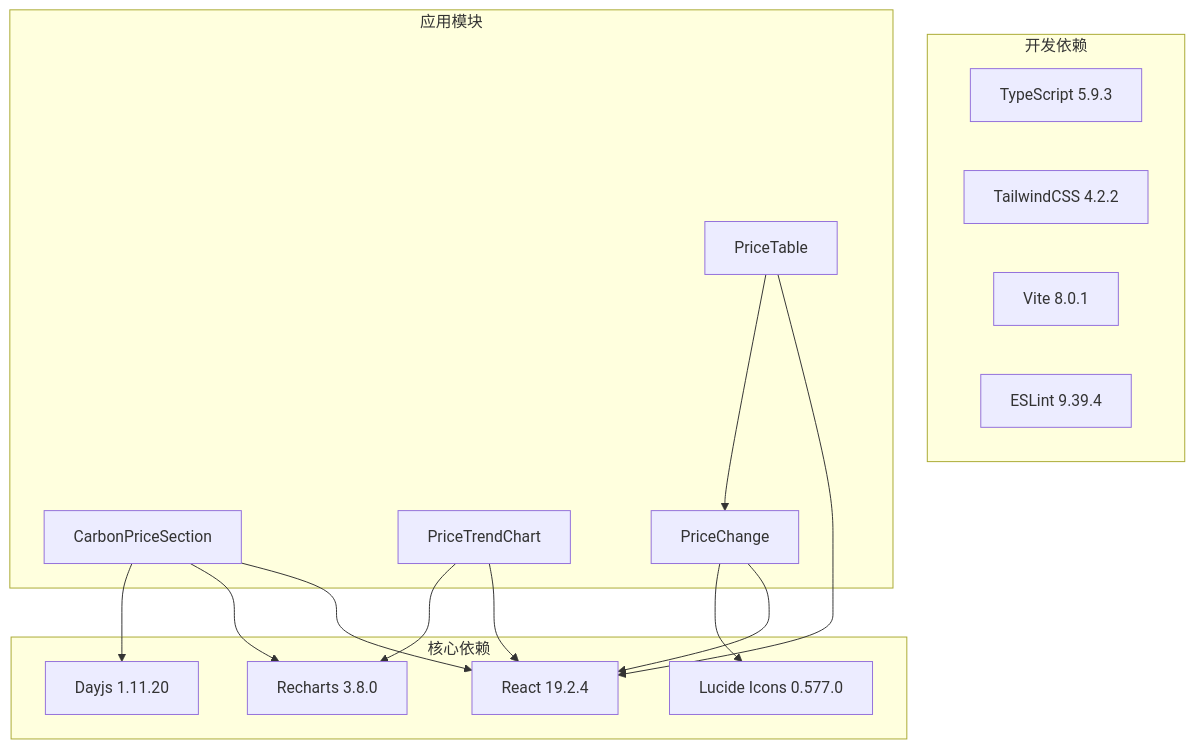
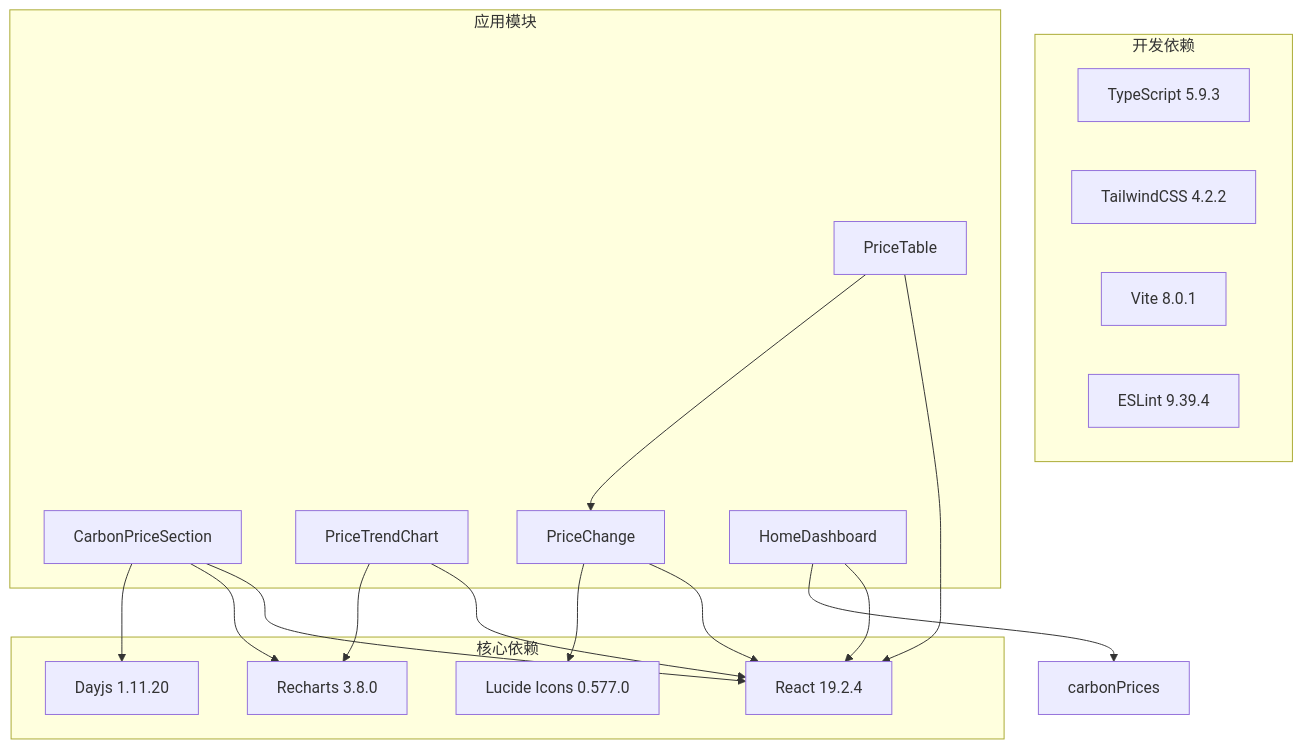
One commit to liangxuanliang-cmd/carbon-info-agent changed diagram 16 of 17 in .qoder/repowiki/zh/content/功能模块/碳价格监控模块.md. Above: the diagram before and after it, drawn with Mermaid. The commit also changed other lines of this file and 8 other files, not shown here.

````diff
--- a/.qoder/repowiki/zh/content/功能模块/碳价格监控模块.md
+++ b/.qoder/repowiki/zh/content/功能模块/碳价格监控模块.md
@@ -614,30 +756,33 @@
 ```mermaid
 graph TB
 subgraph "核心依赖"
 React[React 19.2.4]
 Recharts[Recharts 3.8.0]
 Dayjs[Dayjs 1.11.20]
 Lucide[Lucide Icons 0.577.0]
 end
 subgraph "开发依赖"
 TypeScript[TypeScript 5.9.3]
 TailwindCSS[TailwindCSS 4.2.2]
 Vite[Vite 8.0.1]
 ESLint[ESLint 9.39.4]
 end
 subgraph "应用模块"
 CarbonPrice[CarbonPriceSection]
 PriceTable[PriceTable]
 PriceTrendChart[PriceTrendChart]
 PriceChange[PriceChange]
+HomeDashboard[HomeDashboard]
 end
 CarbonPrice --> React
 PriceTable --> React
 PriceTrendChart --> React
 PriceChange --> React
+HomeDashboard --> React
 CarbonPrice --> Recharts
 PriceTrendChart --> Recharts
 CarbonPrice --> Dayjs
 PriceTable --> PriceChange
 PriceChange --> Lucide
+HomeDashboard --> carbonPrices
 ```
````
